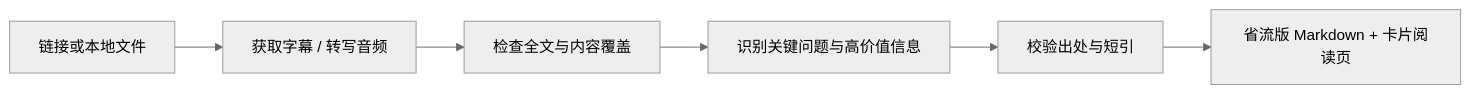
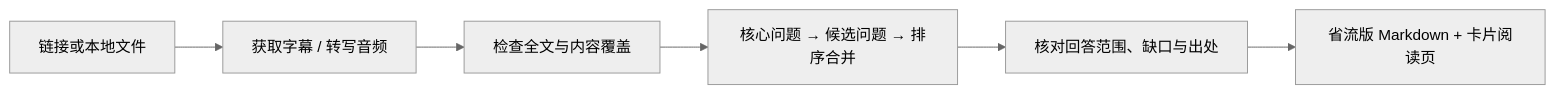
One commit to Fangx-AI/podcast-reader changed the diagram in README.md. Above: the diagram before and after it, drawn with Mermaid (neutral theme). The commit also changed other lines of this file and 21 other files, not shown here.

````diff
--- a/README.md
+++ b/README.md
@@ -119,8 +121,8 @@
 ```mermaid
 flowchart LR
     A[链接或本地文件] --> B[获取字幕 / 转写音频]
     B --> C[检查全文与内容覆盖]
-    C --> D[识别关键问题与高价值信息]
-    D --> E[校验出处与短引]
+    C --> D[核心问题 → 候选问题 → 排序合并]
+    D --> E[核对回答范围、缺口与出处]
     E --> F[省流版 Markdown + 卡片阅读页]
 ```
````
